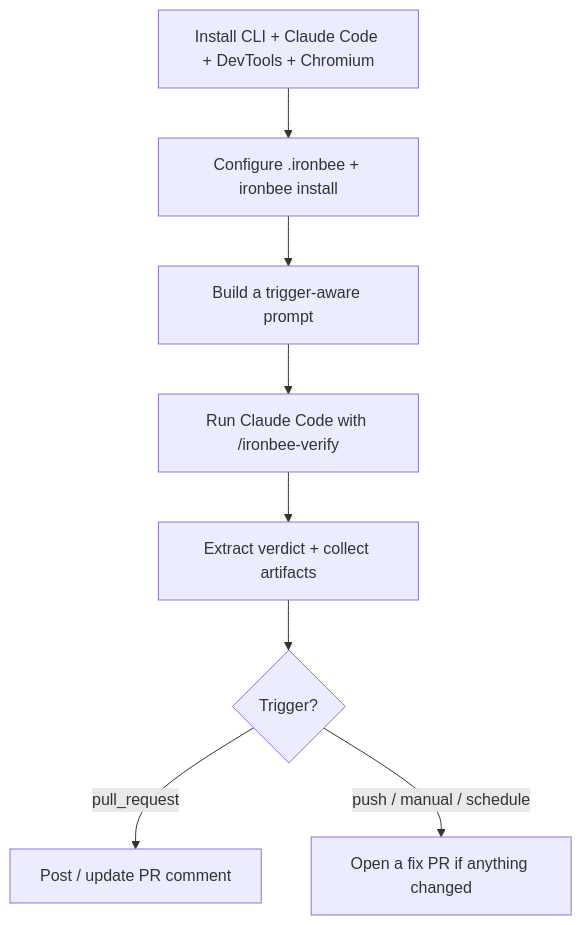
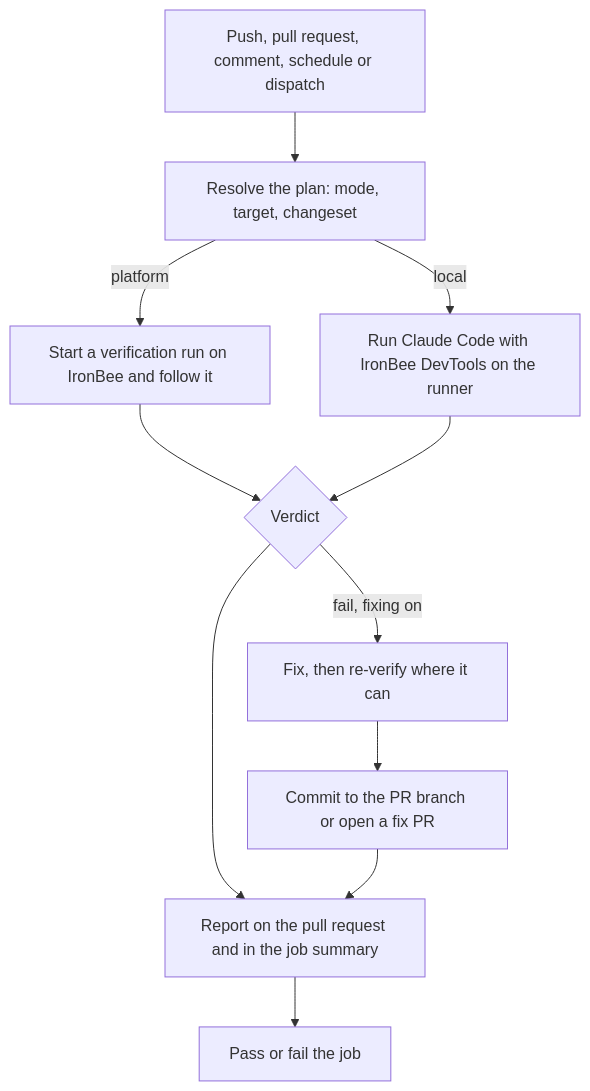
One commit to ironbee-ai/ironbee-docs changed the diagram in github-action/concepts/how-it-works.mdx. Above: the diagram before and after it, drawn with Mermaid. The commit also changed other lines of this file and 259 other files, not shown here.

````diff
--- a/github-action/concepts/how-it-works.mdx
+++ b/github-action/concepts/how-it-works.mdx
@@ -14,10 +17,13 @@
-```mermaid
+```mermaid actions={false}
 flowchart TD
-    A[Install CLI + Claude Code + DevTools + Chromium] --> B[Configure .ironbee + ironbee install]
-    B --> C[Build a trigger-aware prompt]
-    C --> D[Run Claude Code with /ironbee-verify]
-    D --> E[Extract verdict + collect artifacts]
-    E --> F{Trigger?}
-    F -->|pull_request| G[Post / update PR comment]
-    F -->|push / manual / schedule| H[Open a fix PR if anything changed]
+    A[Push, pull request, comment, schedule or dispatch] --> B[Resolve the plan: mode, target, changeset]
+    B -->|platform| C[Start a verification run on IronBee and follow it]
+    B -->|local| D[Run Claude Code with IronBee DevTools on the runner]
+    C --> E{Verdict}
+    D --> E
+    E -->|fail, fixing on| F[Fix, then re-verify where it can]
+    F --> G[Commit to the PR branch or open a fix PR]
+    E --> H[Report on the pull request and in the job summary]
+    G --> H
+    H --> I[Pass or fail the job]
 ```
````
